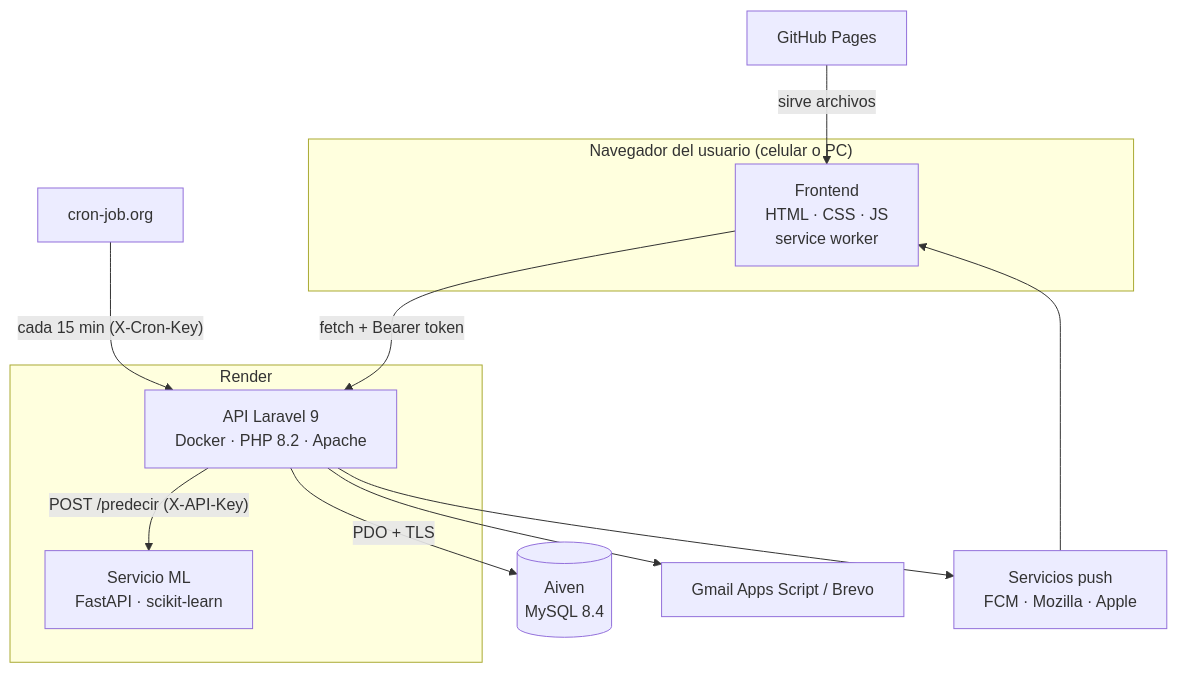
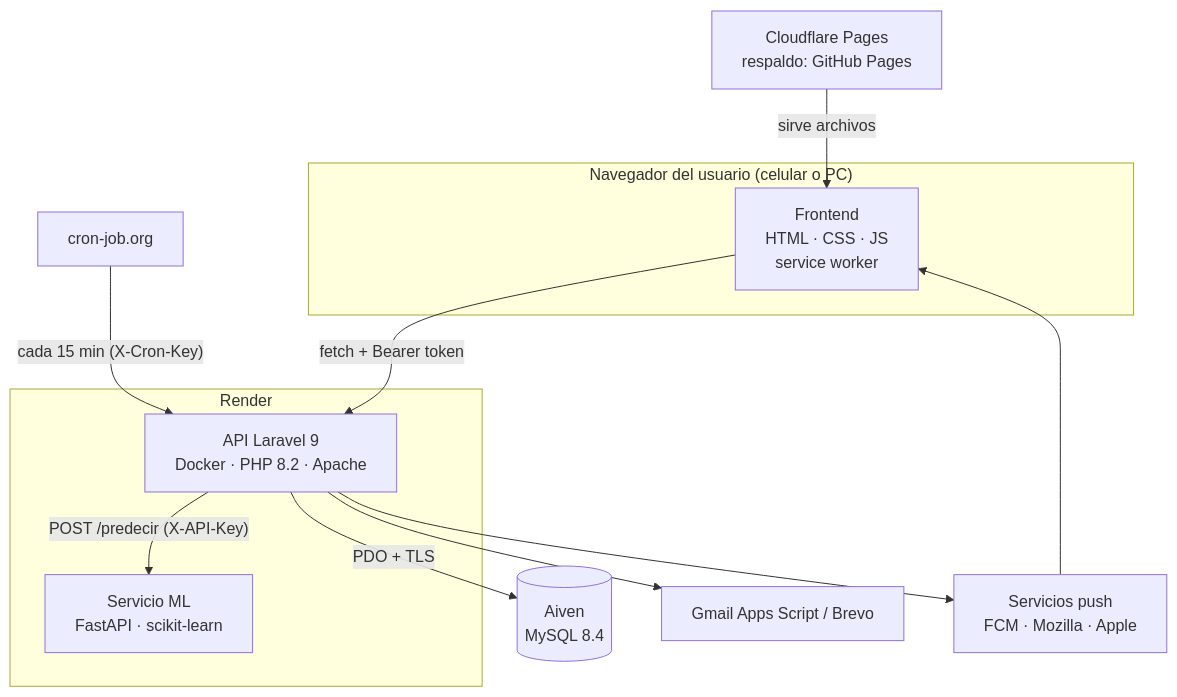
Before and after one commit to jose-14-mvj/Proyecto-De-Sistemas: the first of 2 diagrams in docs/arquitectura.md, drawn with Mermaid. The commit also changed other lines of this file and 7 other files, not shown here.

Commit message:
Docs: la app ahora se publica en Cloudflare Pages

````diff
--- a/docs/arquitectura.md
+++ b/docs/arquitectura.md
@@ -6,23 +6,23 @@
 ```mermaid
 flowchart TB
     subgraph Navegador["Navegador del usuario (celular o PC)"]
         F[Frontend<br>HTML · CSS · JS<br>service worker]
     end
     subgraph Render
         B[API Laravel 9<br>Docker · PHP 8.2 · Apache]
         M[Servicio ML<br>FastAPI · scikit-learn]
     end
     D[(Aiven<br>MySQL 8.4)]
-    G[GitHub Pages]
+    G[Cloudflare Pages<br>respaldo: GitHub Pages]
     CJ[cron-job.org]
     CO[Gmail Apps Script / Brevo]
     PS[Servicios push<br>FCM · Mozilla · Apple]
 
     G -- sirve archivos --> F
     F -- "fetch + Bearer token" --> B
     B -- "PDO + TLS" --> D
     B -- "POST /predecir (X-API-Key)" --> M
     CJ -- "cada 15 min (X-Cron-Key)" --> B
     B --> CO
     B --> PS --> F
 ```
````
